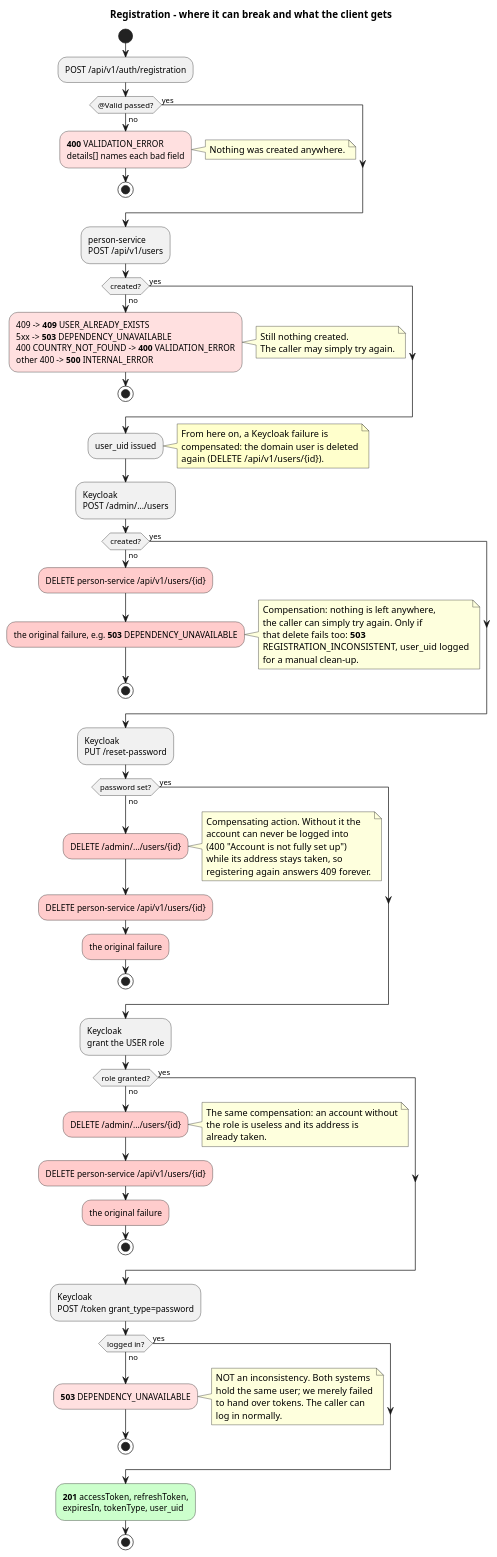
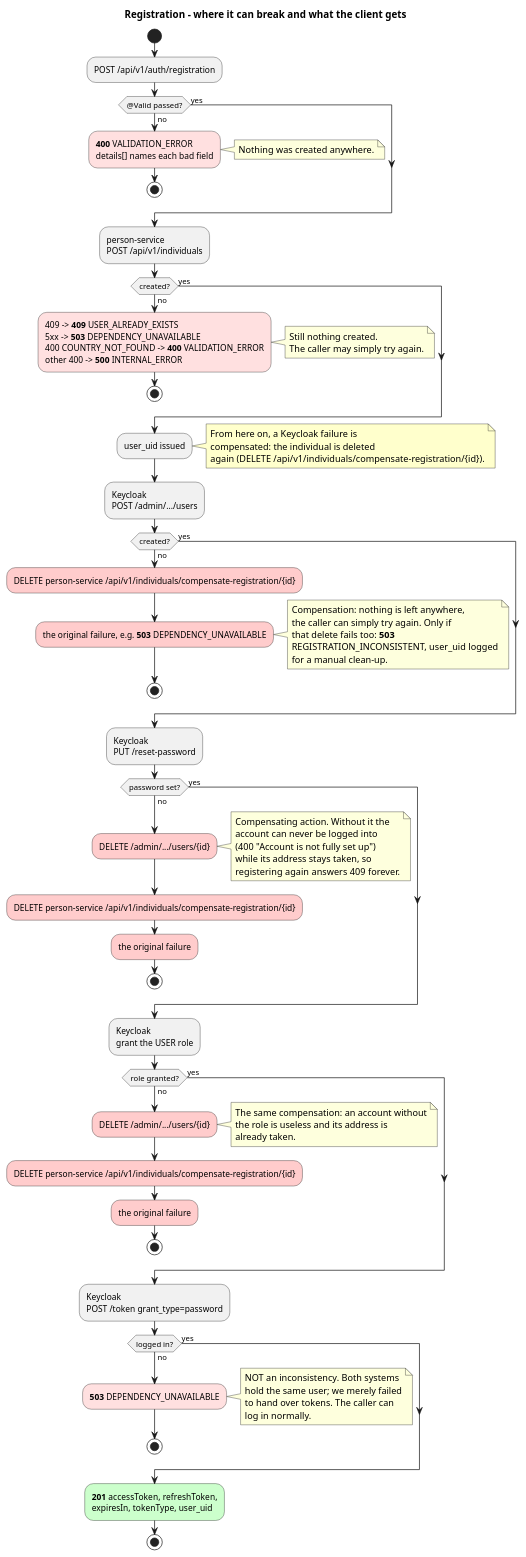
One commit to dezxxx/payment-platform changed the fourth of 4 diagrams in docs/puml-diagrams/gateway-flow.puml. Above: the diagram before and after it, drawn with PlantUML. The commit also changed other lines of this file and 20 other files, not shown here.

Commit message:
docs: describe the Individual aggregate, soft delete and compensation

```diff
--- a/docs/puml-diagrams/gateway-flow.puml
+++ b/docs/puml-diagrams/gateway-flow.puml
@@ -247,106 +247,106 @@
 @startuml gateway-failures
 title Registration - where it can break and what the client gets
 
 skinparam shadowing false
 
 start
 
 :POST /api/v1/auth/registration;
 
 if (@Valid passed?) then (no)
   #FFE0E0:**400** VALIDATION_ERROR
   details[] names each bad field;
   note right: Nothing was created anywhere.
   stop
 else (yes)
 endif
 
-:person-service\nPOST /api/v1/users;
+:person-service\nPOST /api/v1/individuals;
 
 if (created?) then (no)
   #FFE0E0:409 -> **409** USER_ALREADY_EXISTS
   5xx -> **503** DEPENDENCY_UNAVAILABLE
   400 COUNTRY_NOT_FOUND -> **400** VALIDATION_ERROR
   other 400 -> **500** INTERNAL_ERROR;
   note right
     Still nothing created.
     The caller may simply try again.
   end note
   stop
 else (yes)
 endif
 
 :user_uid issued;
 note right #FFFFCC
   From here on, a Keycloak failure is
-  compensated: the domain user is deleted
-  again (DELETE /api/v1/users/{id}).
+  compensated: the individual is deleted
+  again (DELETE /api/v1/individuals/compensate-registration/{id}).
 end note
 
 :Keycloak\nPOST /admin/.../users;
 
 if (created?) then (no)
-  #FFCCCC:DELETE person-service /api/v1/users/{id};
+  #FFCCCC:DELETE person-service /api/v1/individuals/compensate-registration/{id};
   #FFCCCC:the original failure, e.g. **503** DEPENDENCY_UNAVAILABLE;
   note right
     Compensation: nothing is left anywhere,
     the caller can simply try again. Only if
     that delete fails too: **503**
     REGISTRATION_INCONSISTENT, user_uid logged
     for a manual clean-up.
   end note
   stop
 else (yes)
 endif
 
 :Keycloak\nPUT /reset-password;
 
 if (password set?) then (no)
   #FFCCCC:DELETE /admin/.../users/{id};
   note right
     Compensating action. Without it the
     account can never be logged into
     (400 "Account is not fully set up")
     while its address stays taken, so
     registering again answers 409 forever.
   end note
-  #FFCCCC:DELETE person-service /api/v1/users/{id};
+  #FFCCCC:DELETE person-service /api/v1/individuals/compensate-registration/{id};
   #FFCCCC:the original failure;
   stop
 else (yes)
 endif
 
 :Keycloak\ngrant the USER role;
 
 if (role granted?) then (no)
   #FFCCCC:DELETE /admin/.../users/{id};
   note right
     The same compensation: an account without
     the role is useless and its address is
     already taken.
   end note
-  #FFCCCC:DELETE person-service /api/v1/users/{id};
+  #FFCCCC:DELETE person-service /api/v1/individuals/compensate-registration/{id};
   #FFCCCC:the original failure;
   stop
 else (yes)
 endif
 
 :Keycloak\nPOST /token grant_type=password;
 
 if (logged in?) then (no)
   #FFE0E0:**503** DEPENDENCY_UNAVAILABLE;
   note right
     NOT an inconsistency. Both systems
     hold the same user; we merely failed
     to hand over tokens. The caller can
     log in normally.
   end note
   stop
 else (yes)
 endif
 
 #CCFFCC:**201** accessToken, refreshToken,
 expiresIn, tokenType, user_uid;
 stop
 
 @enduml
```
